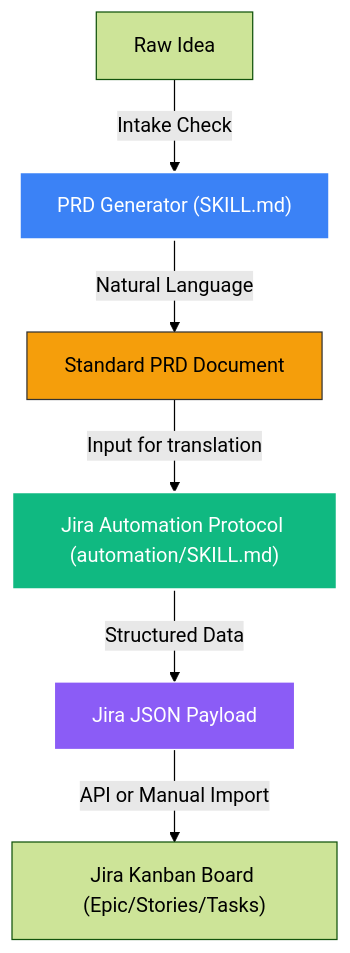
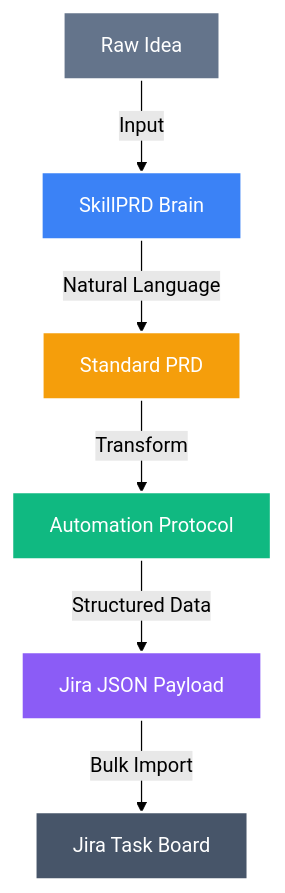
Before and after one commit to Liwei-Ji/SkillPRD: the diagram in README.md, drawn with Mermaid (forest theme).

Commit message:
Finalize SkillPRD branding and launch Jira

````diff
--- a/README.md
+++ b/README.md
@@ -66,23 +66,25 @@
 ```mermaid
 graph TD
     %% Node Definitions
     Idea["Raw Idea"]
-    Generator["PRD Generator (SKILL.md)"]
-    StandardPRD["Standard PRD Document"]
-    JiraSkill["Jira Automation Protocol (automation/SKILL.md)"]
+    Generator["SkillPRD Brain"]
+    StandardPRD["Standard PRD"]
+    JiraSkill["Automation Protocol"]
     JSON["Jira JSON Payload"]
-    Jira["Jira Kanban Board (Epic/Stories/Tasks)"]
+    Jira["Jira Task Board"]
 
     %% Flow
-    Idea -->|Intake Check| Generator
+    Idea -->|Input| Generator
     Generator -->|Natural Language| StandardPRD
-    StandardPRD -->|Input for translation| JiraSkill
+    StandardPRD -->|Transform| JiraSkill
     JiraSkill -->|Structured Data| JSON
-    JSON -->|API or Manual Import| Jira
+    JSON -->|Bulk Import| Jira
 
     %% Styling
     style Generator fill:#3b82f6,stroke:#fff,stroke-width:2px,color:#fff
     style JiraSkill fill:#10b981,stroke:#fff,stroke-width:2px,color:#fff
-    style StandardPRD fill:#f59e0b,stroke:#333
-    style JSON fill:#8b5cf6,stroke:#fff,color:#fff
+    style StandardPRD fill:#f59e0b,stroke:#fff,stroke-width:2px,color:#fff
+    style JSON fill:#8b5cf6,stroke:#fff,stroke-width:2px,color:#fff
+    style Jira fill:#475569,stroke:#fff,stroke-width:2px,color:#fff
+    style Idea fill:#64748b,stroke:#fff,stroke-width:2px,color:#fff
 ```
````
